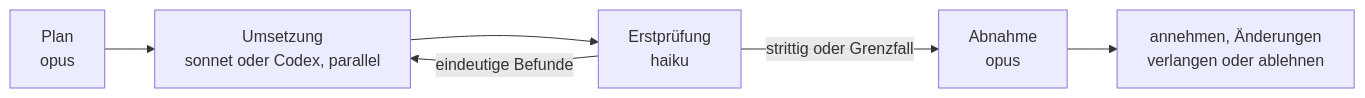
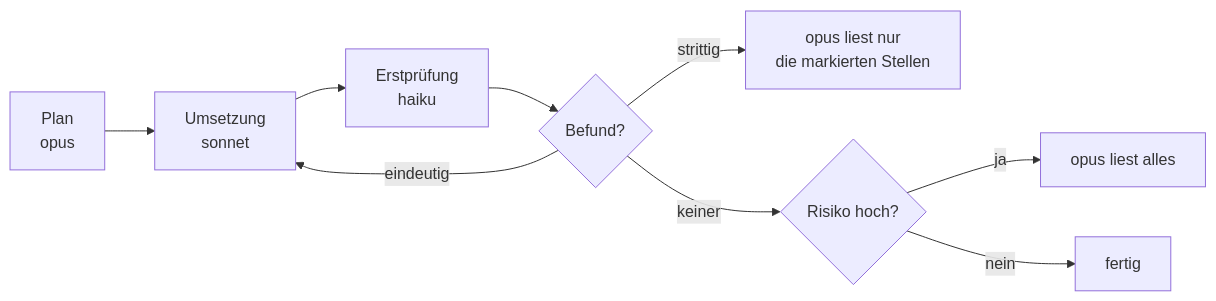
One commit to dynamic-dome/dynamic-workshop changed the diagram in resources/library/s4-01-modell-pro-phase.md. Above: the diagram before and after it, drawn with Mermaid. The commit also changed other lines of this file, not shown here.

````diff
--- a/resources/library/s4-01-modell-pro-phase.md
+++ b/resources/library/s4-01-modell-pro-phase.md
@@ -41,8 +41,11 @@
 ```mermaid
 flowchart LR
-  P["Plan<br/>opus"] --> I["Umsetzung<br/>sonnet oder Codex, parallel"]
+  P["Plan<br/>opus"] --> I["Umsetzung<br/>sonnet"]
   I --> H["Erstprüfung<br/>haiku"]
-  H -- "eindeutige Befunde" --> I
-  H -- "strittig oder Grenzfall" --> O["Abnahme<br/>opus"]
-  O --> D["annehmen, Änderungen<br/>verlangen oder ablehnen"]
+  H --> Q{"Befund?"}
+  Q -- "eindeutig" --> I
+  Q -- "strittig" --> O["opus liest nur<br/>die markierten Stellen"]
+  Q -- "keiner" --> R{"Risiko hoch?"}
+  R -- "ja" --> A["opus liest alles"]
+  R -- "nein" --> D["fertig"]
 ```
````
